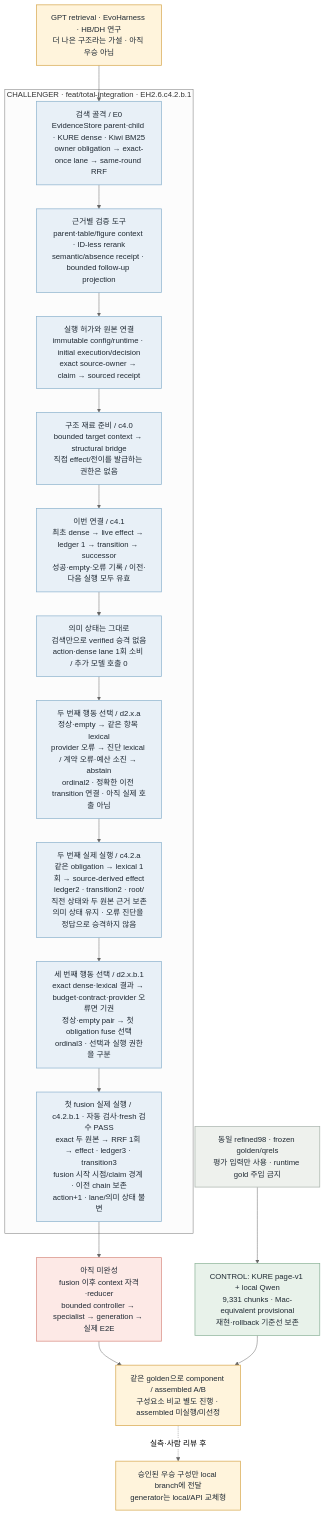
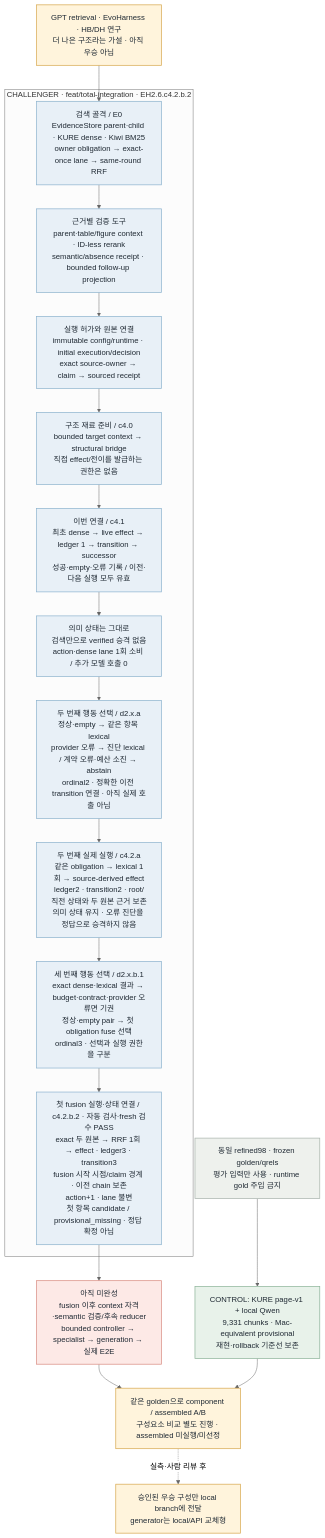
Before and after one commit to KongSeok/sprint-public-procurement-rag-assistant: the diagram in fivecircles/architecture/specs/evidence-harness-progress-current-flow.mmd, drawn with Mermaid (neutral theme). The commit also changed 39 other files, not shown here.

Commit message:
feat(harness): bind first fusion effects to candidate state

```diff
--- a/fivecircles/architecture/specs/evidence-harness-progress-current-flow.mmd
+++ b/fivecircles/architecture/specs/evidence-harness-progress-current-flow.mmd
@@ -1,39 +1,39 @@
 flowchart TB
   INPUT["동일 refined98 · frozen golden/qrels<br/>평가 입력만 사용 · runtime gold 주입 금지"]
   B0["CONTROL: KURE page-v1 + local Qwen<br/>9,331 chunks · Mac-equivalent provisional<br/>재현·rollback 기준선 보존"]
   RESEARCH["GPT retrieval · EvoHarness · HB/DH 연구<br/>더 나은 구조라는 가설 · 아직 우승 아님"]
 
-  subgraph BUILD["CHALLENGER · feat/total-integration · EH2.6.c4.2.b.1"]
+  subgraph BUILD["CHALLENGER · feat/total-integration · EH2.6.c4.2.b.2"]
     SEARCH["검색 골격 / E0<br/>EvidenceStore parent·child · KURE dense · Kiwi BM25<br/>owner obligation → exact-once lane → same-round RRF"]
     RECEIPTS["근거별 검증 도구<br/>parent·table/figure context · ID-less rerank<br/>semantic/absence receipt · bounded follow-up projection"]
     PERMIT["실행 허가와 원본 연결<br/>immutable config/runtime · initial execution/decision<br/>exact source-owner → claim → sourced receipt"]
     BRIDGE["구조 재료 준비 / c4.0<br/>bounded target context → structural bridge<br/>직접 effect/전이를 발급하는 권한은 없음"]
     FIRST["이번 연결 / c4.1<br/>최초 dense → live effect → ledger 1 → transition → successor<br/>성공·empty·오류 기록 / 이전·다음 실행 모두 유효"]
     STATE["의미 상태는 그대로<br/>검색만으로 verified 승격 없음<br/>action·dense lane 1회 소비 / 추가 모델 호출 0"]
     NEXT["두 번째 행동 선택 / d2.x.a<br/>정상·empty → 같은 항목 lexical<br/>provider 오류 → 진단 lexical / 계약 오류·예산 소진 → abstain<br/>ordinal2 · 정확한 이전 transition 연결 · 아직 실제 호출 아님"]
     LEXICAL["두 번째 실제 실행 / c4.2.a<br/>같은 obligation → lexical 1회 → source-derived effect<br/>ledger2 · transition2 · root/직전 상태와 두 원본 근거 보존<br/>의미 상태 유지 · 오류 진단을 정답으로 승격하지 않음"]
     POST["세 번째 행동 선택 / d2.x.b.1<br/>exact dense·lexical 결과 → budget·contract·provider 오류면 기권<br/>정상·empty pair → 첫 obligation fuse 선택<br/>ordinal3 · 선택과 실행 권한을 구분"]
-    FUSE["첫 fusion 실제 실행 / c4.2.b.1 · 자동 검사·fresh 검수 PASS<br/>exact 두 원본 → RRF 1회 → effect · ledger3 · transition3<br/>fusion 시작 시점/claim 경계 · 이전 chain 보존<br/>action+1 · lane/의미 상태 불변"]
+    FUSE["첫 fusion 실행·상태 연결 / c4.2.b.2 · 자동 검사·fresh 검수 PASS<br/>exact 두 원본 → RRF 1회 → effect · ledger3 · transition3<br/>fusion 시작 시점/claim 경계 · 이전 chain 보존<br/>action+1 · lane 불변<br/>첫 항목 candidate / provisional_missing · 정답 확정 아님"]
     SEARCH --> RECEIPTS --> PERMIT --> BRIDGE --> FIRST --> STATE --> NEXT --> LEXICAL --> POST --> FUSE
   end
 
-  GAP["아직 미완성<br/>fusion 이후 context 자격·reducer<br/>bounded controller → specialist → generation → 실제 E2E"]
+  GAP["아직 미완성<br/>fusion 이후 context 자격·semantic 검증/후속 reducer<br/>bounded controller → specialist → generation → 실제 E2E"]
   SELECT["같은 golden으로 component / assembled A/B<br/>구성요소 비교 별도 진행 · assembled 미실행/미선정"]
   LOCAL["승인된 우승 구성만 local branch에 전달<br/>generator는 local/API 교체형"]
   INPUT --> B0
   RESEARCH --> SEARCH
   FUSE --> GAP --> SELECT
   B0 --> SELECT
   SELECT -. "실측·사람 리뷰 후" .-> LOCAL
 
   classDef green fill:#e8f2ea,stroke:#8eb49a,color:#1f2933,stroke-width:1.5px
   classDef blue fill:#e8f0f7,stroke:#8fb4cf,color:#1f2933,stroke-width:1.5px
   classDef amber fill:#fff4dc,stroke:#d8aa53,color:#1f2933,stroke-width:1.5px
   classDef red fill:#fde9e6,stroke:#d98e84,color:#1f2933,stroke-width:1.5px
   classDef gray fill:#eef1ed,stroke:#aab5ad,color:#1f2933,stroke-width:1.5px
   class B0 green
   class SEARCH,RECEIPTS,PERMIT,BRIDGE,FIRST,STATE,NEXT,LEXICAL,POST blue
   class FUSE blue
   class INPUT gray
   class RESEARCH,SELECT,LOCAL amber
   class GAP red
```
